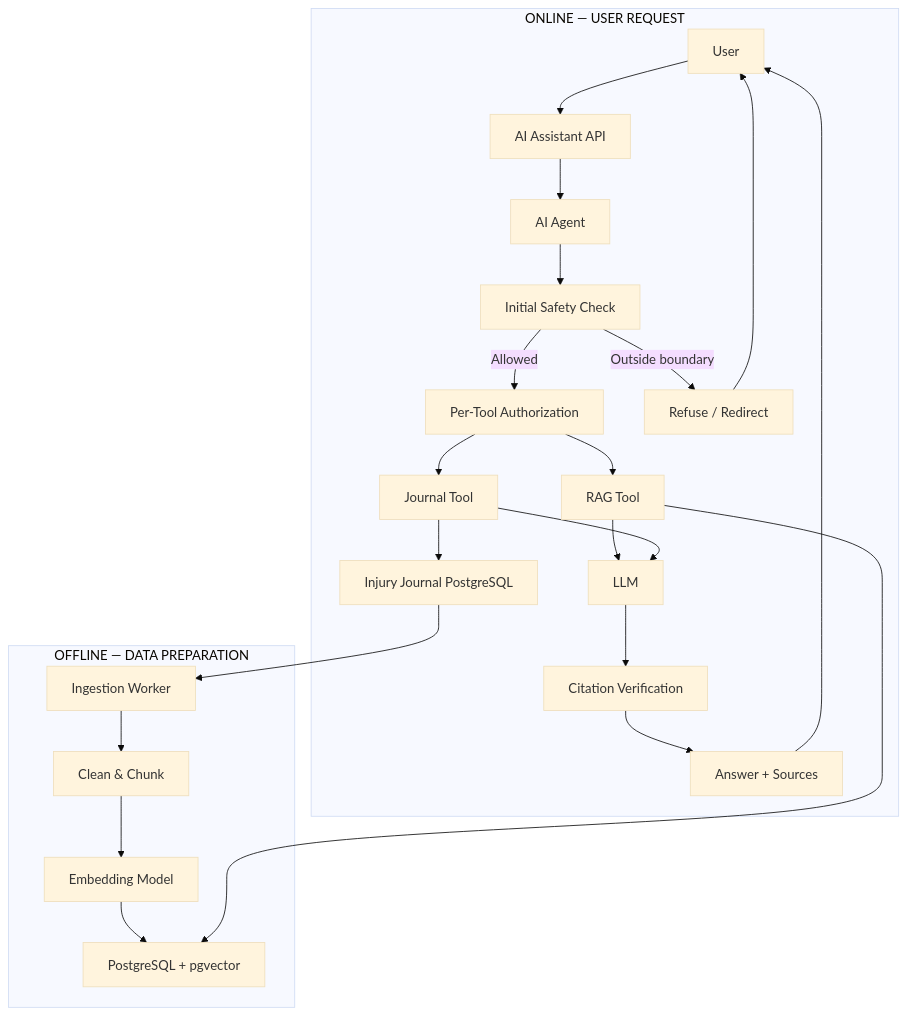
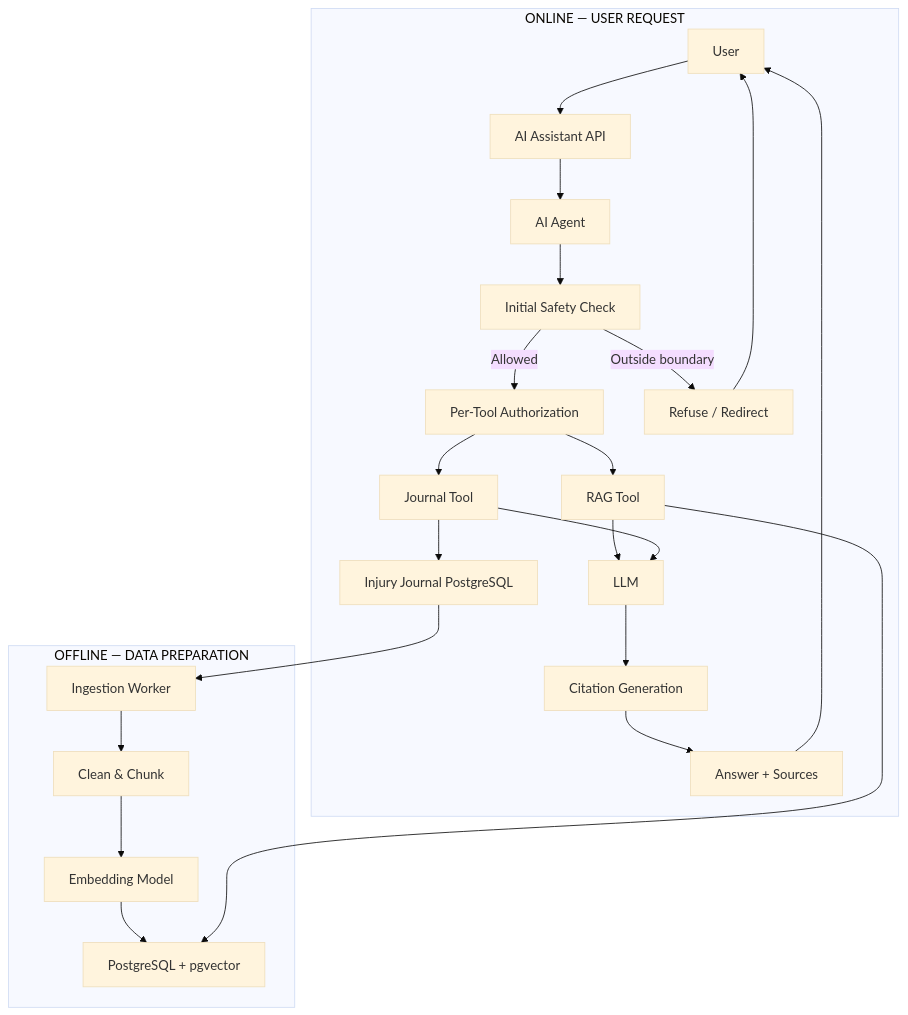
The first of 17 diagrams in docs/02-architecture.md (sabrahermassi/injury-journal-ai), drawn with Mermaid (base theme) before and after one commit. The commit also changed other lines of this file and 2 other files, not shown here.

````diff
--- a/docs/02-architecture.md
+++ b/docs/02-architecture.md
@@ -47,47 +47,47 @@
 ```mermaid
 flowchart TB
     DB["Injury Journal PostgreSQL"]
 
     subgraph OFFLINE["OFFLINE — DATA PREPARATION"]
         IW["Ingestion Worker"]
         CH["Clean & Chunk"]
         EM["Embedding Model"]
         VS["PostgreSQL + pgvector"]
 
         IW --> CH
         CH --> EM
         EM --> VS
     end
 
     DB --> IW
 
     subgraph ONLINE["ONLINE — USER REQUEST"]
         U["User"]
         API["AI Assistant API"]
         AG["AI Agent"]
         SAFE["Initial Safety Check"]
         AUTH["Per-Tool Authorization"]
 
         U --> API
         API --> AG
         AG --> SAFE
 
         SAFE -->|Outside boundary| REFUSE["Refuse / Redirect"]
         SAFE -->|Allowed| AUTH
 
         AUTH --> RAG["RAG Tool"]
         AUTH --> JOURNAL["Journal Tool"]
 
         RAG --> VS
         RAG --> LLM["LLM"]
 
         JOURNAL --> DB
         JOURNAL --> LLM
 
-        LLM --> CIT["Citation Verification"]
+        LLM --> CIT["Citation Generation"]
         CIT --> ANSWER["Answer + Sources"]
         ANSWER --> U
         REFUSE --> U
     end
 
 ```
````
